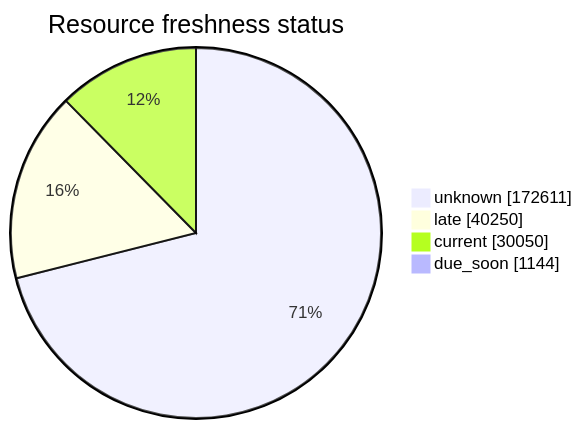
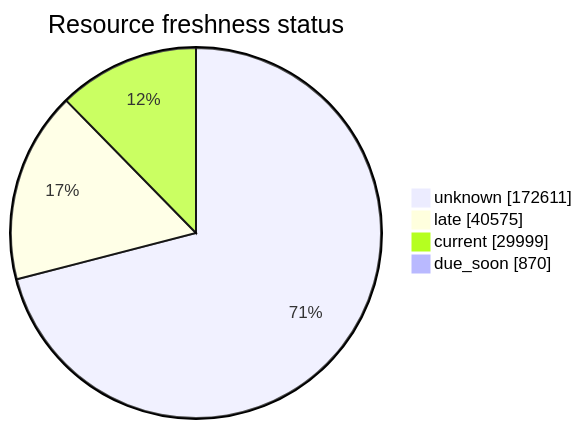
One commit to open-data/analytics-corporate-reporting changed the third of 5 diagrams in FreshCheck/README.md. Above: the diagram before and after it, drawn with Mermaid. The commit also changed other lines of this file and 3 other files, not shown here.

````diff
--- a/FreshCheck/README.md
+++ b/FreshCheck/README.md
@@ -78,7 +78,7 @@
 ```mermaid
 pie showData title Resource freshness status
     "unknown": 172611
-    "late": 40250
-    "current": 30050
-    "due_soon": 1144
+    "late": 40575
+    "current": 29999
+    "due_soon": 870
 ```
````
